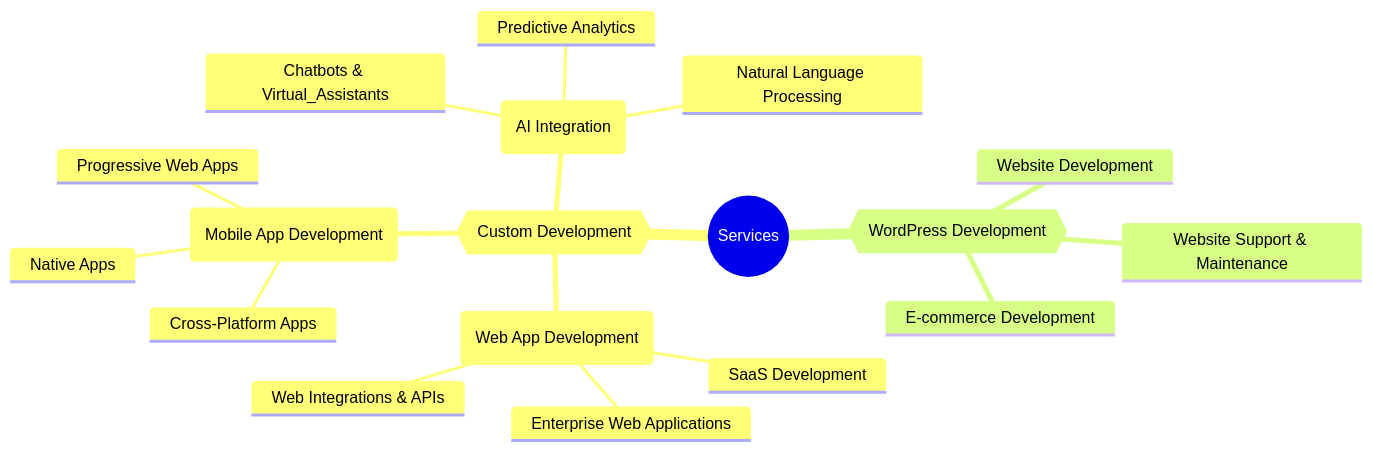
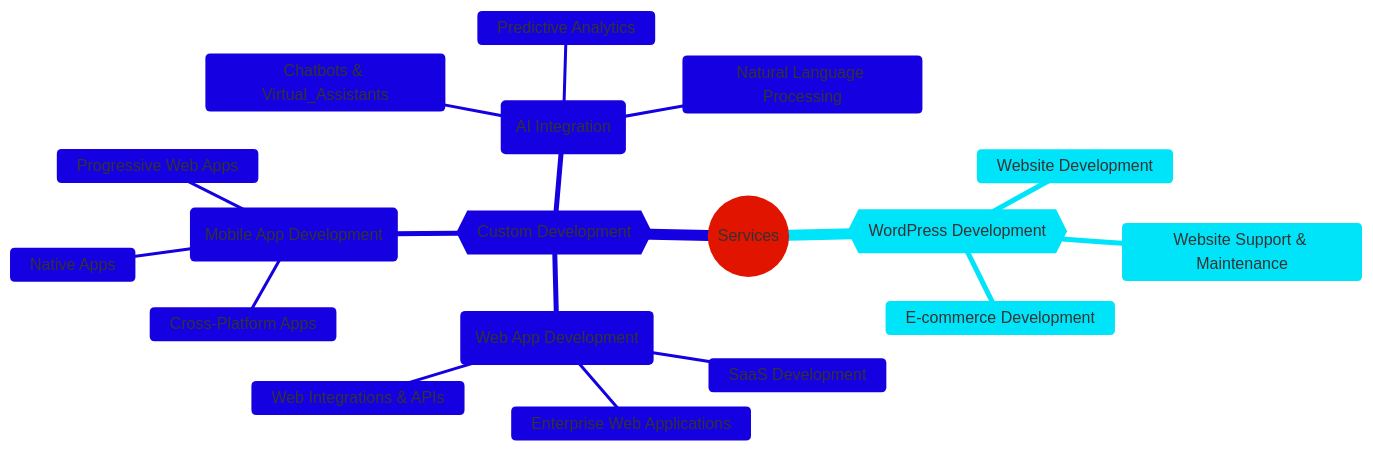
The diagram in profile/SERVICES.md (outsoarph/.github), drawn with Mermaid before and after one commit.

Commit message:
Enhance SERVICES.md mindmap configuration for improved layout and visual consistency

````diff
--- a/profile/SERVICES.md
+++ b/profile/SERVICES.md
@@ -3,21 +3,32 @@
 ```mermaid
+---
+config:
+  layout: tidy-tree
+  theme: base
+  themeVariables:
+    primaryColor: '#ff6f61'
+    edgeLabelBackground: '#ffffff'
+    clusterBkg: '#ffe5e0'
+    clusterBorder: '#ff6f61'
+    fontFamily: 'Arial, sans-serif'
+---
 mindmap
   root((Services))
     Custom_Development{{Custom Development}}
       Web_App_Development(Web App Development)
         SaaS Development
         Enterprise Web Applications
         Web Integrations & APIs
       Mobile_App_Development(Mobile App Development)
         Cross-Platform Apps
         Native Apps
         Progressive Web Apps
       AI_Integration(AI Integration)
         Chatbots & Virtual_Assistants
         Predictive Analytics
         Natural Language Processing
     WordPress_Development{{WordPress Development}}
       Website Development
       E-commerce Development
       Website Support & Maintenance
 ```
````
